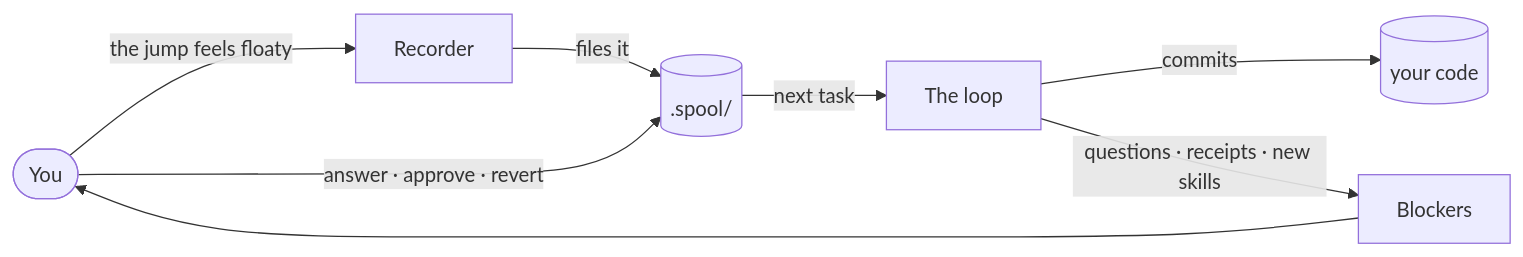
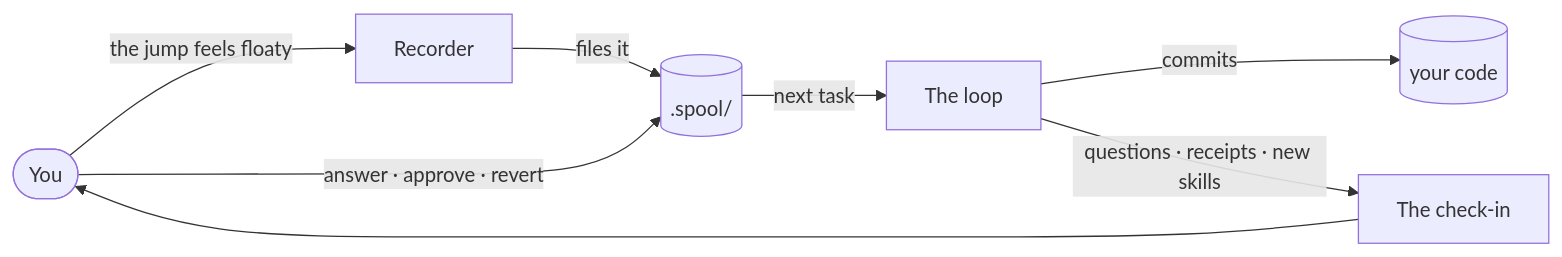
One commit to danielportnov/spool changed the diagram in README.md. Above: the diagram before and after it, drawn with Mermaid. The commit also changed other lines of this file and 8 other files, not shown here.

First line of the commit message:
Remove /spool-blockers: the loop's check-in does its job

````diff
--- a/README.md
+++ b/README.md
@@ -21,10 +21,10 @@
 ```mermaid
 flowchart LR
   you(["You"]) -- "the jump feels floaty" --> rec["Recorder"]
   rec -- "files it" --> q[(".spool/")]
   q -- "next task" --> w["The loop"]
   w -- "commits" --> code[("your code")]
-  w -- "questions · receipts · new skills" --> rev["Blockers"]
+  w -- "questions · receipts · new skills" --> rev["The check-in"]
   rev --> you
   you -- "answer · approve · revert" --> q
 ```
````
